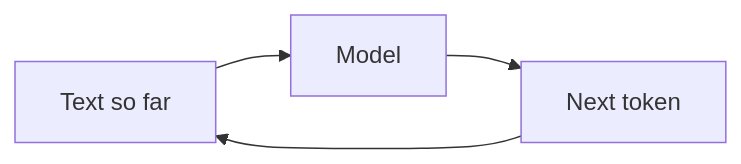
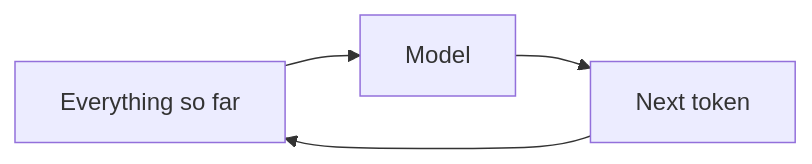
The third of 3 diagrams in from-tokens-to-understanding/from-tokens-to-understanding.md (sharifruet/books-llm), drawn with Mermaid before and after one commit. The commit also changed other lines of this file and 19 other files, not shown here.

````diff
--- a/from-tokens-to-understanding/from-tokens-to-understanding.md
+++ b/from-tokens-to-understanding/from-tokens-to-understanding.md
@@ -146,6 +192,6 @@
 ```mermaid
 flowchart LR
-  Prefix[Text so far] --> Model[Model]
+  Prefix[Everything so far] --> Model[Model]
   Model --> Next[Next token]
   Next --> Prefix
 ```
````
